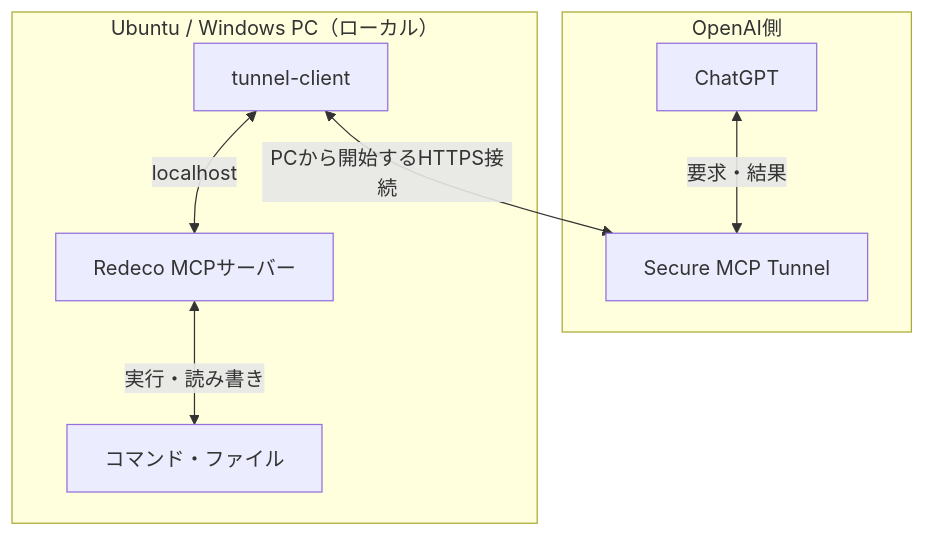
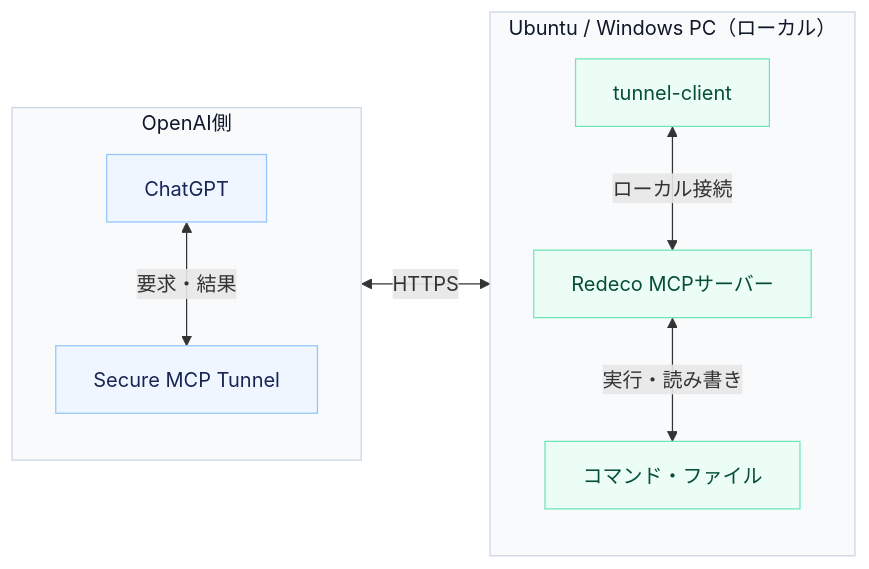
Before and after one commit to kkoch5t2/redeco: the diagram in README.md, drawn with Mermaid. The commit also changed other lines of this file and 1 other file, not shown here.

Commit message:
docs: add Redeco icon and arrange architecture in two columns

````diff
--- a/README.md
+++ b/README.md
@@ -53,16 +55,25 @@
 ```mermaid
-flowchart TB
+flowchart LR
     subgraph cloud["OpenAI側"]
+        direction TB
         chat["ChatGPT"]
         tunnel["Secure MCP Tunnel"]
         chat <-->|"要求・結果"| tunnel
     end
     subgraph local["Ubuntu / Windows PC（ローカル）"]
+        direction TB
         client["tunnel-client"]
         mcp["Redeco MCPサーバー"]
         files["コマンド・ファイル"]
-        client <-->|"localhost"| mcp
+        client <-->|"ローカル接続"| mcp
         mcp <-->|"実行・読み書き"| files
     end
-    client <-->|"PCから開始するHTTPS接続"| tunnel
+    cloud <-->|"HTTPS"| local
+
+    classDef openai fill:#eff6ff,stroke:#93c5fd,color:#172554
+    classDef pc fill:#ecfdf5,stroke:#6ee7b7,color:#064e3b
+    class chat,tunnel openai
+    class client,mcp,files pc
+    style cloud fill:#f8fafc,stroke:#cbd5e1,color:#0f172a
+    style local fill:#f8fafc,stroke:#cbd5e1,color:#0f172a
 ```
````
